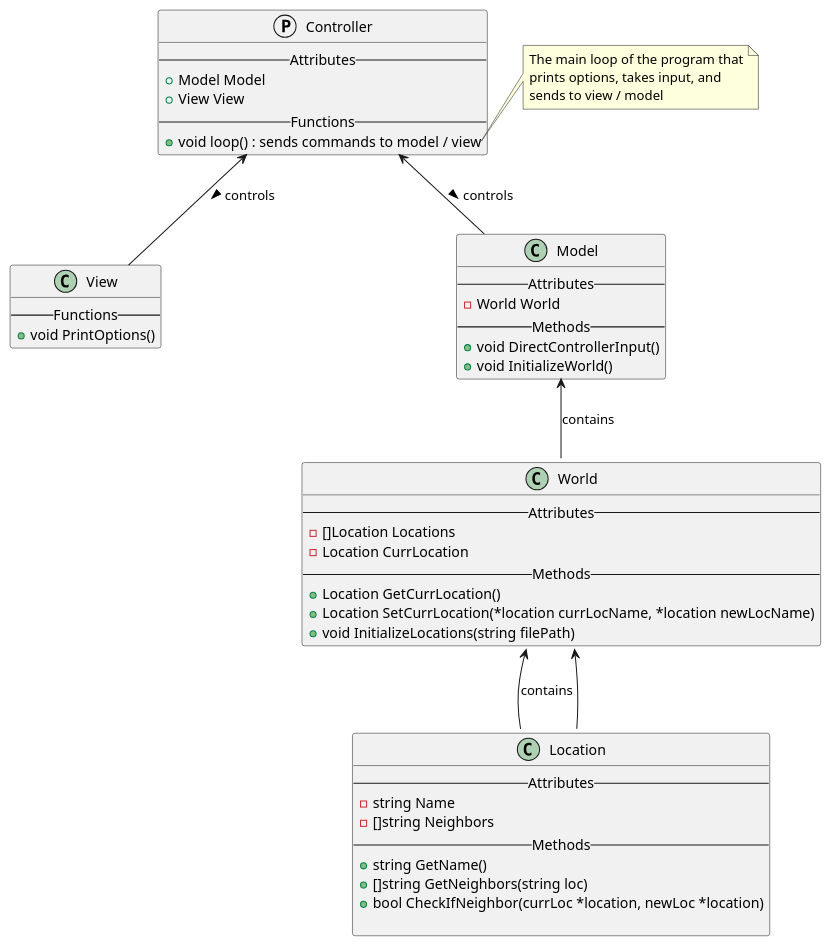
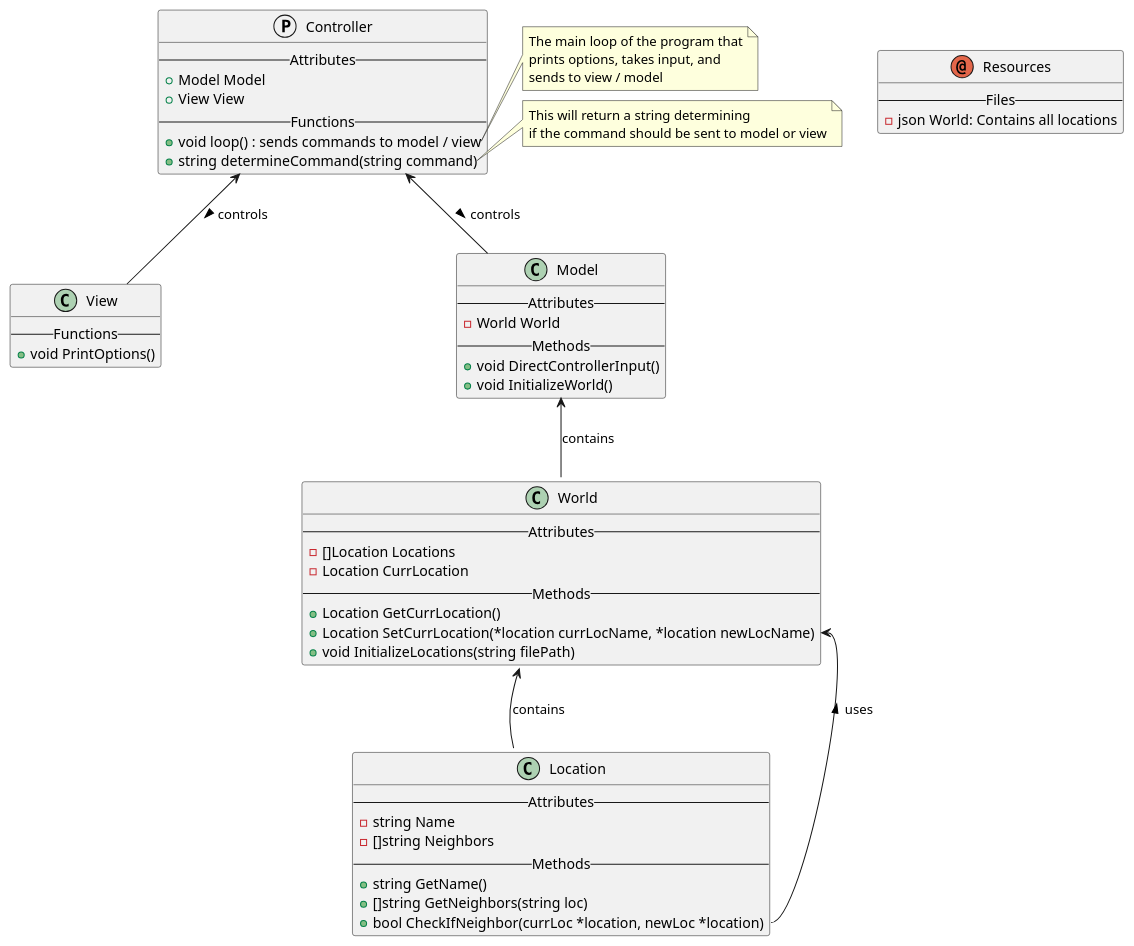
Before and after one commit to Charlemagne44/GoAdventure: the diagram in diagram.puml, drawn with PlantUML. The commit also changed 3 other files, not shown here.

Commit message:
Updated class diagram

```diff
--- a/diagram.puml
+++ b/diagram.puml
@@ -1,69 +1,80 @@
 @startuml class_diagram
 protocol   Controller {
     --Attributes--
     + Model Model
     + View View
     --Functions--
     + void loop() : sends commands to model / view
+    + string determineCommand(string command)
 }
 note right of Controller::loop
     The main loop of the program that
     prints options, takes input, and
     sends to view / model
 end note
+note right of Controller::determineCommand
+    This will return a string determining
+    if the command should be sent to model or view
+end note
+
 class   View {
     --Functions--
     + void PrintOptions()
 }
 note right of View::printOptions
     Prints all the viable options
     depending on the player location
     and items that may be there
 end note
+
 class   Model {
     --Attributes--
     - World World
     --Methods--
     + void DirectControllerInput()
     + void InitializeWorld()
 }
 note right of Model::directControllerInput
     Takes command from controller 
     and directs to proper model
     methods
 end note
 
 class World {
     --Attributes--
     - []Location Locations
     - Location CurrLocation
     --Methods--
     + Location GetCurrLocation()
     + Location SetCurrLocation(*location currLocName, *location newLocName)
     /'- void CreateLocation(string filename)'/
     + void InitializeLocations(string filePath)
 }
 note right of World::createLocations
     Takes JSON input to create locations
     for the worlds to be used
 end note
 
 class Location {
     --Attributes--
     - string Name 
     - []string Neighbors
     --Methods--
     + string GetName()
     + []string GetNeighbors(string loc)
     + bool CheckIfNeighbor(currLoc *location, newLoc *location)
+}
 
+annotation Resources {
+    --Files--
+    - json World: Contains all locations
 }
 
 Controller <-- Model : controls >
 Controller <-- View : controls >
 Model <-- World : contains
 World <-- Location : contains
-World::setCurrLocation <-- Location::checkIfNeighbor
+World::SetCurrLocation <-- Location::CheckIfNeighbor : uses <
 
 
 @enduml
```
